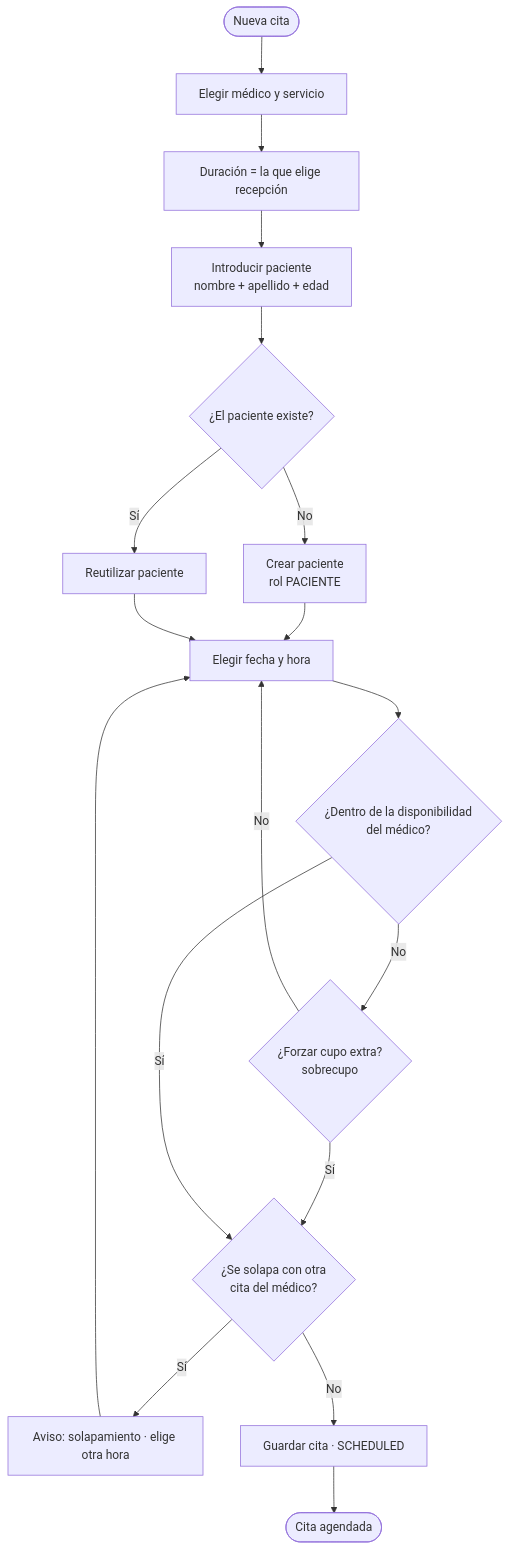
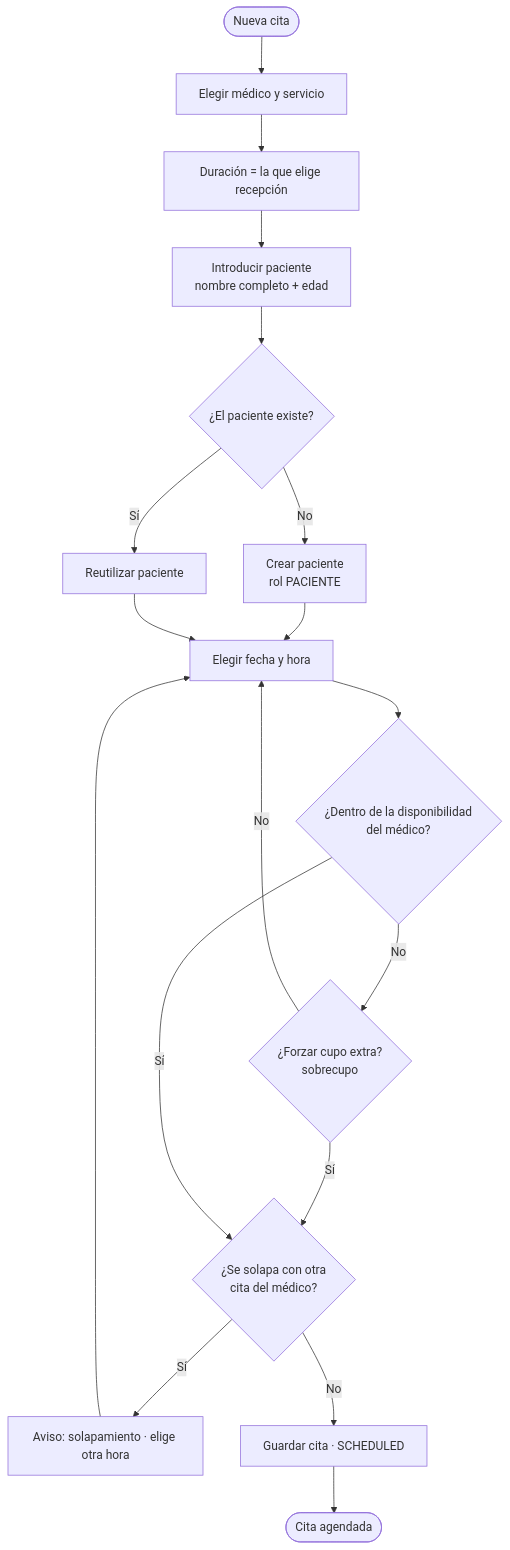
The second of 2 diagrams in docs/FLUJO-USUARIO.md (DhanaCorredor/diagnostico-backend), drawn with Mermaid before and after one commit. The commit also changed other lines of this file and 8 other files, not shown here.

````diff
--- a/docs/FLUJO-USUARIO.md
+++ b/docs/FLUJO-USUARIO.md
@@ -42,20 +42,20 @@
 ```mermaid
 flowchart TD
     S([Nueva cita]) --> R[Elegir médico y servicio]
     R --> R1[Duración = la que elige recepción]
-    R1 --> C1[Introducir paciente<br/>nombre + apellido + edad]
+    R1 --> C1[Introducir paciente<br/>nombre completo + edad]
     C1 --> P{¿El paciente existe?}
     P -- No --> P1[Crear paciente<br/>rol PACIENTE]
     P1 --> T
     P -- Sí --> P2[Reutilizar paciente]
     P2 --> T[Elegir fecha y hora]
     T --> U{¿Dentro de la disponibilidad<br/>del médico?}
     U -- No --> Vov{¿Forzar cupo extra?<br/>sobrecupo}
     Vov -- No --> T
     Vov -- Sí --> W
     U -- Sí --> W{¿Se solapa con otra<br/>cita del médico?}
     W -- Sí --> X[Aviso: solapamiento · elige otra hora]
     X --> T
     W -- No --> Y[Guardar cita · SCHEDULED]
     Y --> Z([Cita agendada])
 ```
````
